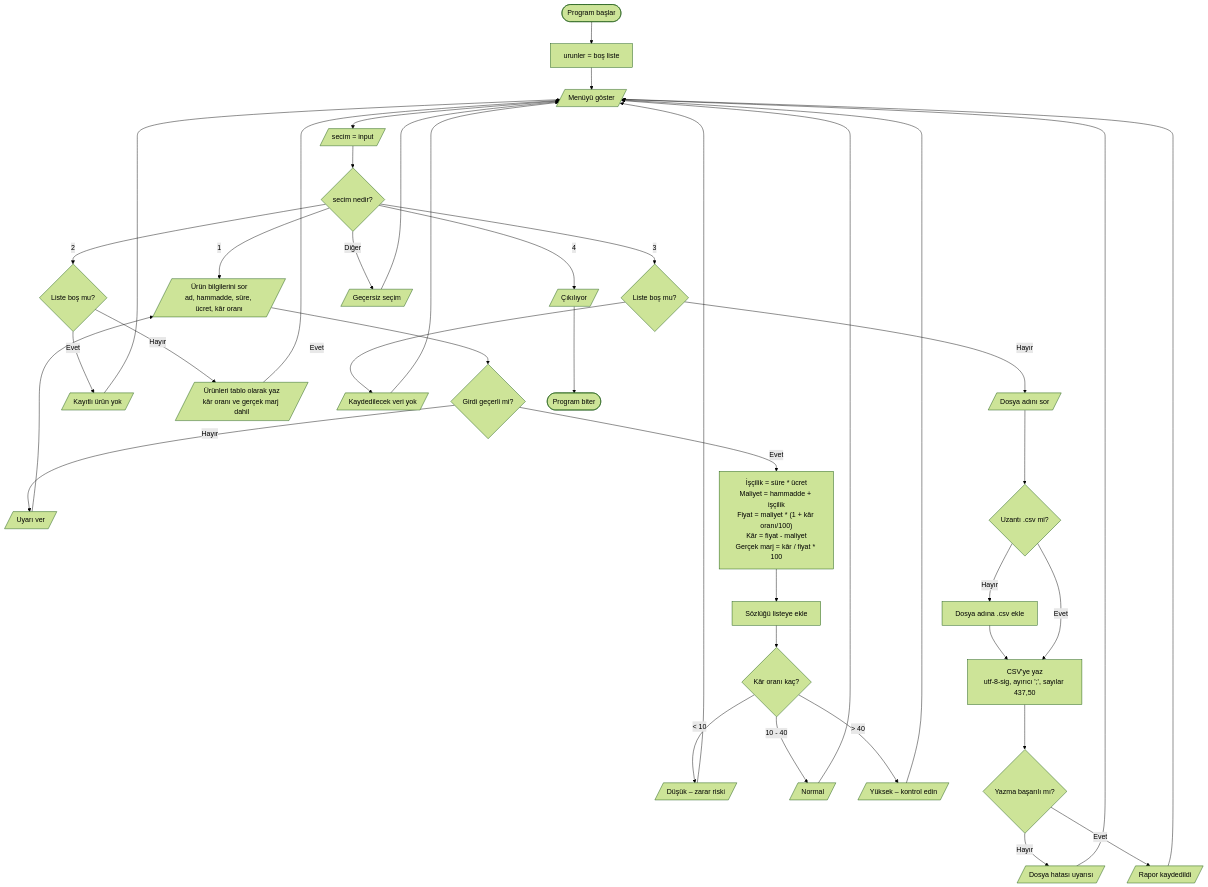
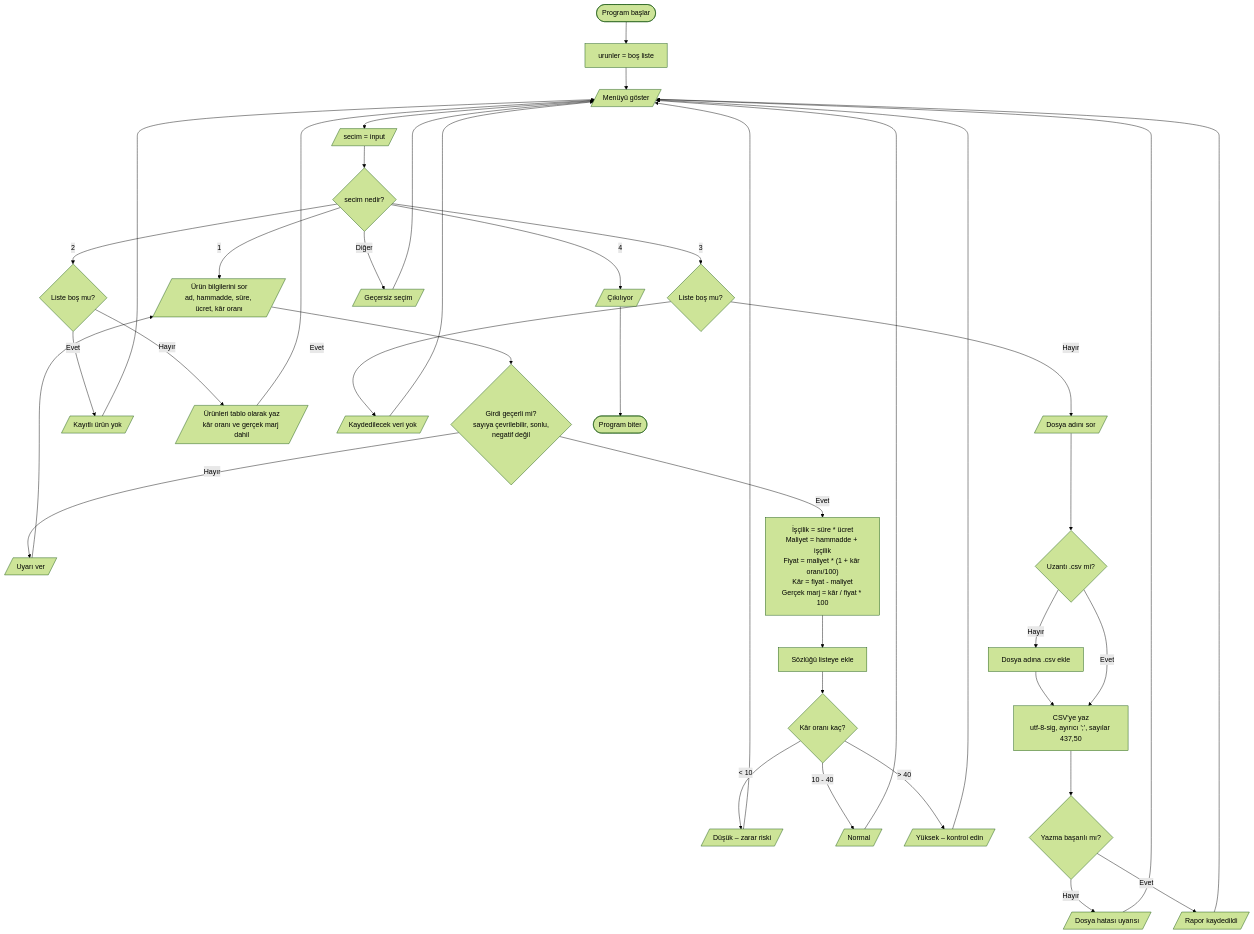
One commit to 34-ata/gep1316-odev1 changed the diagram in TASARIM.md. Above: the diagram before and after it, drawn with Mermaid (forest theme). The commit also changed other lines of this file and 7 other files, not shown here.

````diff
--- a/TASARIM.md
+++ b/TASARIM.md
@@ -128,48 +132,48 @@
 ```mermaid
 flowchart TD
     A([Program başlar]) --> B["urunler = boş liste"]
     B --> C[/"Menüyü göster"/]
     C --> D[/"secim = input"/]
 
     D --> E{"secim nedir?"}
 
     E -->|1| F[/"Ürün bilgilerini sor<br/>ad, hammadde, süre, ücret, kâr oranı"/]
-    F --> G{"Girdi geçerli mi?"}
+    F --> G{"Girdi geçerli mi?<br/>sayıya çevrilebilir, sonlu,<br/>negatif değil"}
     G -->|Hayır| H[/"Uyarı ver"/]
     H --> F
     G -->|Evet| I["İşçilik = süre * ücret<br/>Maliyet = hammadde + işçilik<br/>Fiyat = maliyet * (1 + kâr oranı/100)<br/>Kâr = fiyat - maliyet<br/>Gerçek marj = kâr / fiyat * 100"]
     I --> J["Sözlüğü listeye ekle"]
     J --> K{"Kâr oranı kaç?"}
     K -->|"< 10"| L1[/"Düşük – zarar riski"/]
     K -->|"10 - 40"| L2[/"Normal"/]
     K -->|"> 40"| L3[/"Yüksek – kontrol edin"/]
     L1 --> C
     L2 --> C
     L3 --> C
 
     E -->|2| M{"Liste boş mu?"}
     M -->|Evet| N[/"Kayıtlı ürün yok"/]
     N --> C
     M -->|Hayır| O[/"Ürünleri tablo olarak yaz<br/>kâr oranı ve gerçek marj dahil"/]
     O --> C
 
     E -->|3| P{"Liste boş mu?"}
     P -->|Evet| Q[/"Kaydedilecek veri yok"/]
     Q --> C
     P -->|Hayır| R[/"Dosya adını sor"/]
     R --> S{"Uzantı .csv mi?"}
     S -->|Hayır| T["Dosya adına .csv ekle"]
     T --> U["CSV'ye yaz<br/>utf-8-sig, ayırıcı ';', sayılar 437,50"]
     S -->|Evet| U
     U --> V{"Yazma başarılı mı?"}
     V -->|Hayır| W[/"Dosya hatası uyarısı"/]
     W --> C
     V -->|Evet| X[/"Rapor kaydedildi"/]
     X --> C
 
     E -->|4| Y[/"Çıkılıyor"/]
     Y --> Z([Program biter])
 
     E -->|Diğer| AA[/"Geçersiz seçim"/]
     AA --> C
 ```
````
